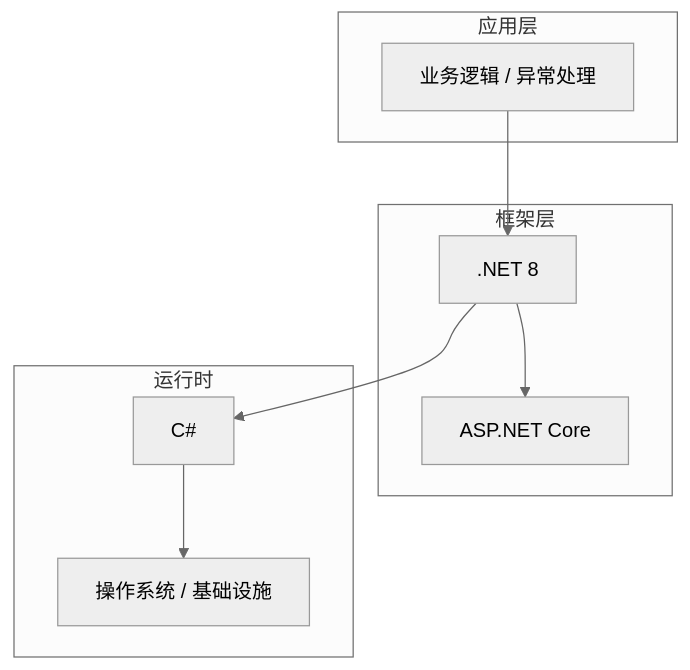
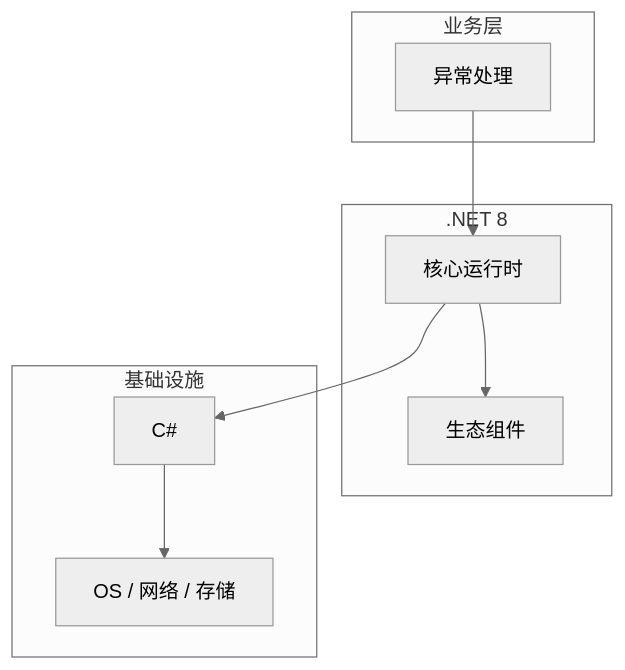
Before and after one commit to yanggan2015/knowledge-json-v2: the diagram in articles/C#/chapters/057-异常处理核心概念与原理.md, drawn with Mermaid (neutral theme). The commit also changed other lines of this file and 10127 other files, not shown here.

````diff
--- a/articles/C#/chapters/057-异常处理核心概念与原理.md
+++ b/articles/C#/chapters/057-异常处理核心概念与原理.md
@@ -45,18 +34,18 @@
 ```mermaid
 graph TB
-    subgraph 应用层
-        A[业务逻辑 / 异常处理]
+    subgraph 业务层
+        A[异常处理]
     end
-    subgraph 框架层
-        B[.NET 8]
-        C[ASP.NET Core]
+    subgraph .NET 8
+        B[核心运行时]
+        C[生态组件]
     end
-    subgraph 运行时
+    subgraph 基础设施
         D[C#]
-        E[操作系统 / 基础设施]
+        E[OS / 网络 / 存储]
     end
     A --> B
     B --> C
     B --> D
     D --> E
 ```
````
